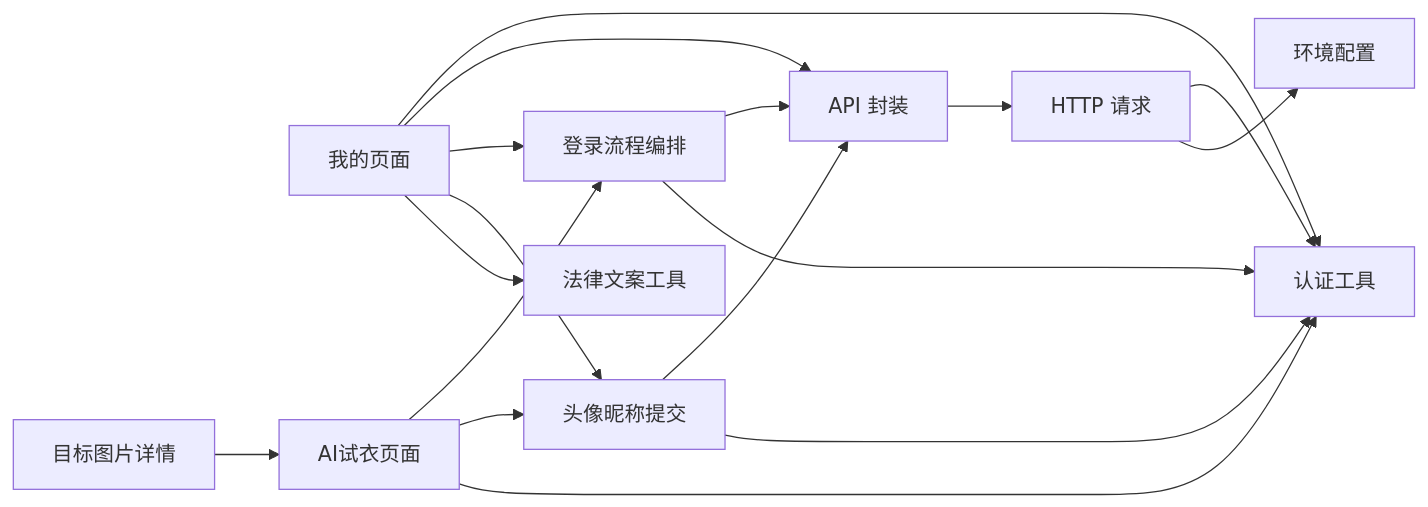
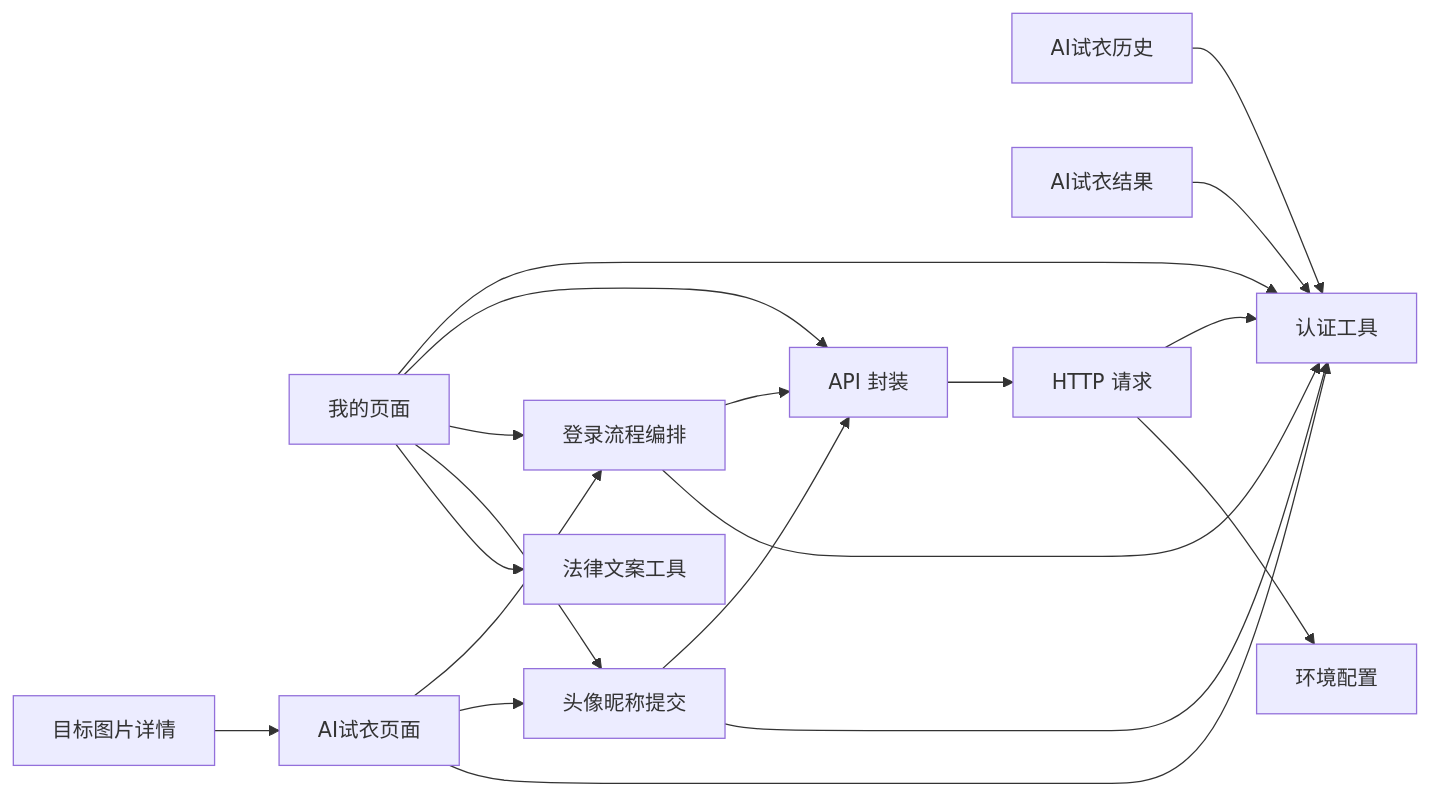
The tenth of 10 diagrams in .qoder/repowiki/zh/content/核心功能模块/用户认证系统.md (crazyma99/blueberry), drawn with Mermaid before and after one commit. The commit also changed other lines of this file and 4 other files, not shown here.

````diff
--- a/.qoder/repowiki/zh/content/核心功能模块/用户认证系统.md
+++ b/.qoder/repowiki/zh/content/核心功能模块/用户认证系统.md
@@ -460,19 +496,21 @@
 ```mermaid
 graph LR
 Mine["我的页面"] --> Auth["认证工具"]
 Mine --> Api["API 封装"]
 Mine --> LoginFlow["登录流程编排"]
 Mine --> ProfileSubmit["头像昵称提交"]
 Mine --> Legal["法律文案工具"]
 AiTryOn["AI试衣页面"] --> LoginFlow
 AiTryOn --> ProfileSubmit
 AiTryOn --> Auth
 TargetPhoto["目标图片详情"] --> AiTryOn
+AiTryOnHistory["AI试衣历史"] --> Auth
+AiTryOnResult["AI试衣结果"] --> Auth
 LoginFlow --> Api
 LoginFlow --> Auth
 ProfileSubmit --> Api
 ProfileSubmit --> Auth
 Api --> Http["HTTP 请求"]
 Http --> Auth
 Http --> Config["环境配置"]
 ```
````
